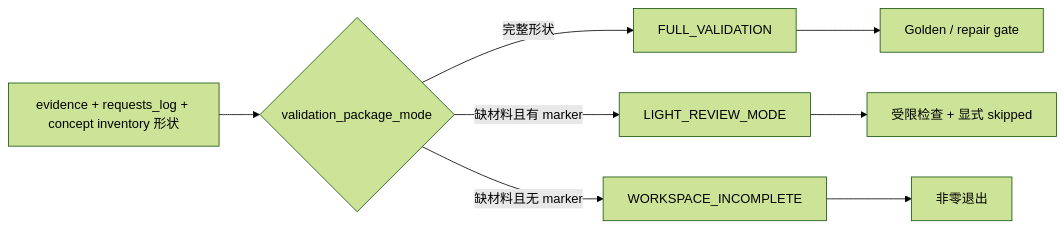
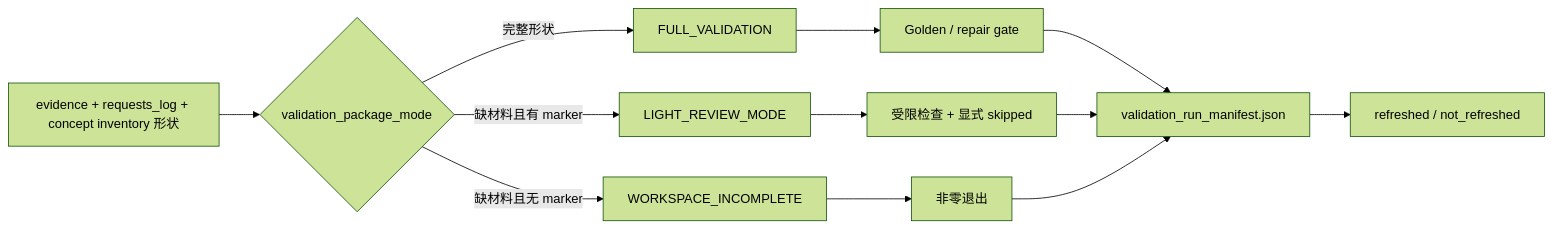
The second of 2 diagrams in architecture.md (wlvh/SEC_metrics), drawn with Mermaid (forest theme) before and after one commit. The commit also changed other lines of this file and 63 other files, not shown here.

````diff
--- a/architecture.md
+++ b/architecture.md
@@ -110,10 +119,14 @@
 ```mermaid
 flowchart LR
     Shape["evidence + requests_log + concept inventory 形状"] --> Mode{"validation_package_mode"}
     Mode -->|完整形状| Full["FULL_VALIDATION"]
     Mode -->|缺材料且有 marker| Light["LIGHT_REVIEW_MODE"]
     Mode -->|缺材料且无 marker| Broken["WORKSPACE_INCOMPLETE"]
     Full --> Gate["Golden / repair gate"]
     Light --> Limited["受限检查 + 显式 skipped"]
     Broken --> Fail["非零退出"]
+    Gate --> Manifest["validation_run_manifest.json"]
+    Limited --> Manifest
+    Fail --> Manifest
+    Manifest --> Fresh["refreshed / not_refreshed"]
 ```
````
